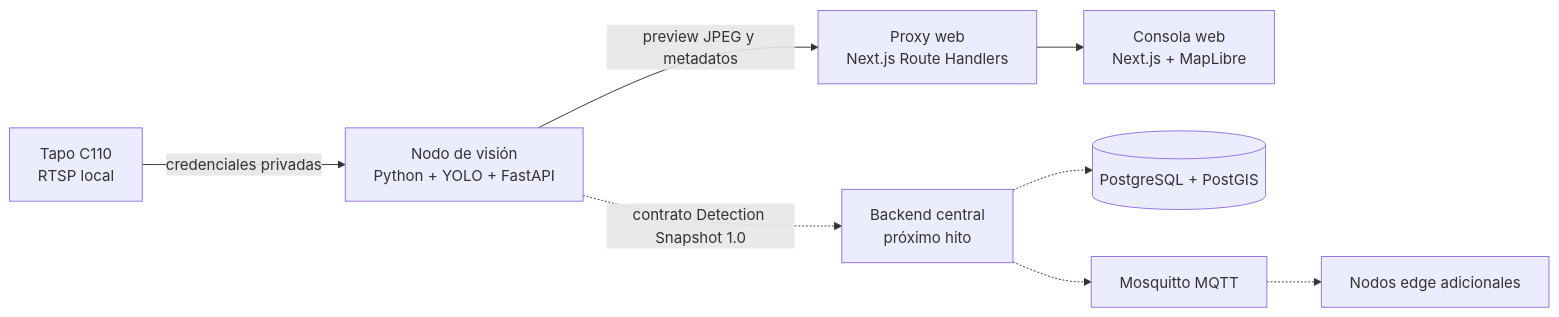
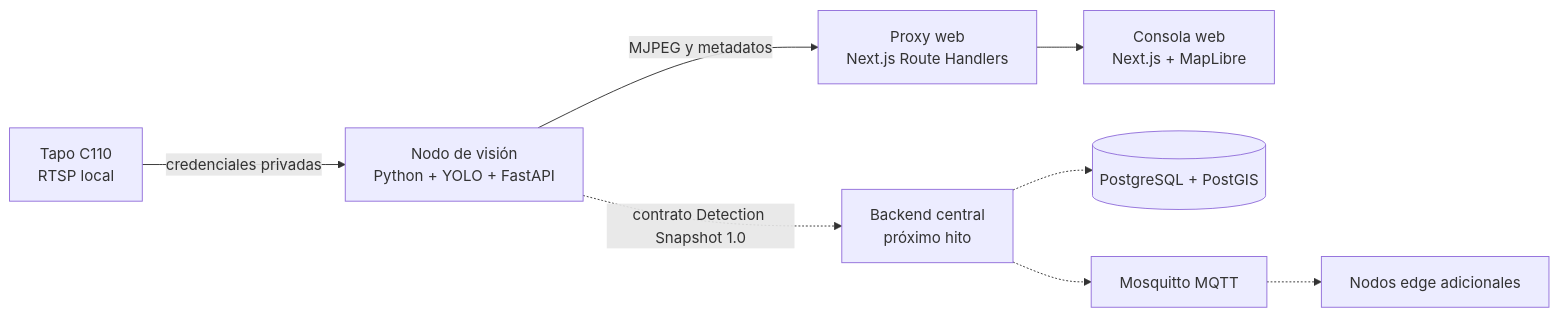
One commit to cfvizcaino/py_vigia changed the diagram in docs/architecture/overview.md. Above: the diagram before and after it, drawn with Mermaid. The commit also changed other lines of this file and 17 other files, not shown here.

````diff
--- a/docs/architecture/overview.md
+++ b/docs/architecture/overview.md
@@ -7,10 +7,10 @@
 ```mermaid
 flowchart LR
     C["Tapo C110\nRTSP local"] -->|"credenciales privadas"| V["Nodo de visión\nPython + YOLO + FastAPI"]
-    V -->|"preview JPEG y metadatos"| P["Proxy web\nNext.js Route Handlers"]
+    V -->|"MJPEG y metadatos"| P["Proxy web\nNext.js Route Handlers"]
     P --> W["Consola web\nNext.js + MapLibre"]
     V -.->|"contrato Detection Snapshot 1.0"| B["Backend central\npróximo hito"]
     B -.-> D[("PostgreSQL + PostGIS")]
     B -.-> M["Mosquitto MQTT"]
     M -.-> E["Nodos edge adicionales"]
 ```
````
